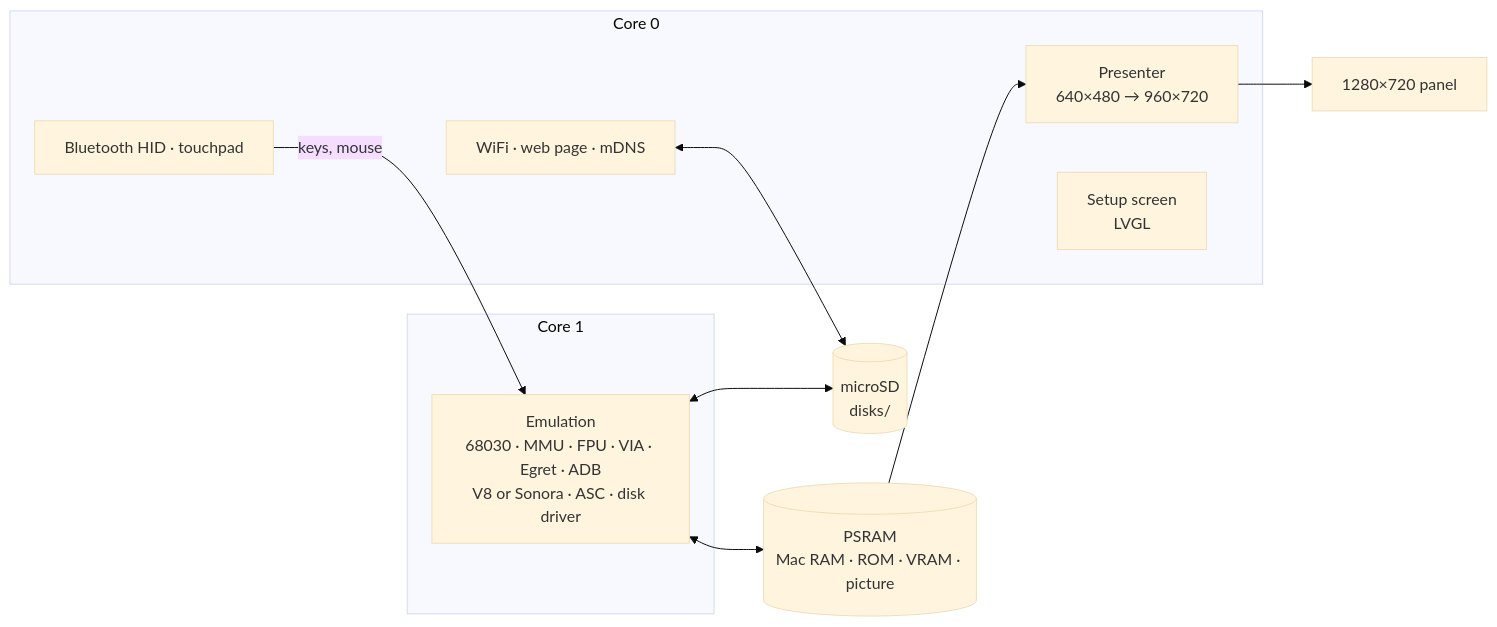
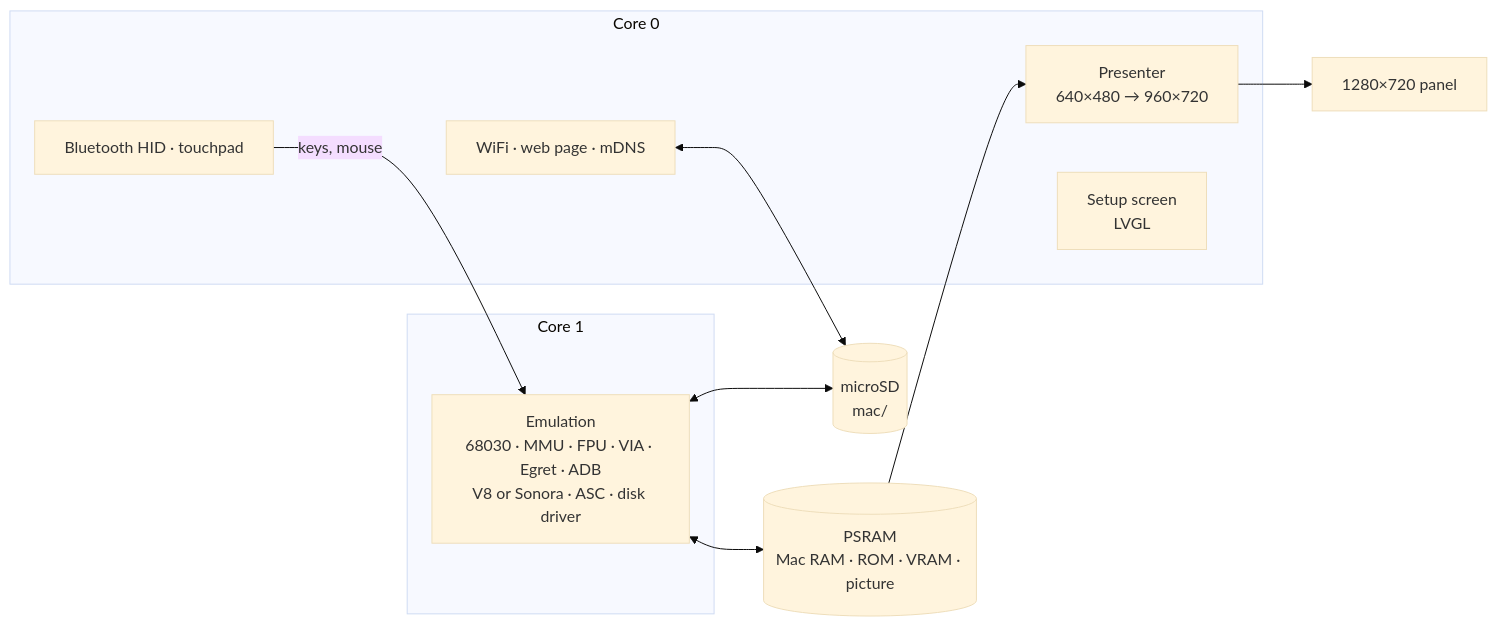
One commit to rlucencic/esp32mac3 changed the diagram in README.md. Above: the diagram before and after it, drawn with Mermaid (base theme). The commit also changed other lines of this file and 5 other files, not shown here.

First line of the commit message:
ROMs on the SD card in mac/roms, disk images in mac/ (was disks/)

````diff
--- a/README.md
+++ b/README.md
@@ -235,20 +238,20 @@
 ```mermaid
 flowchart LR
   subgraph core1 [Core 1]
     EMU["Emulation<br>68030 · MMU · FPU · VIA · Egret · ADB<br>V8 or Sonora · ASC · disk driver"]
   end
   subgraph core0 [Core 0]
     PRES[Presenter<br>640×480 → 960×720]
     UI[Setup screen<br>LVGL]
     NET[WiFi · web page · mDNS]
     BLE[Bluetooth HID · touchpad]
   end
   PSRAM[(PSRAM<br>Mac RAM · ROM · VRAM · picture)]
-  SD[(microSD<br>disks/)]
+  SD[(microSD<br>mac/)]
   EMU <--> PSRAM
   PSRAM --> PRES
   PRES --> LCD[1280×720 panel]
   BLE -- keys, mouse --> EMU
   EMU <--> SD
   NET <--> SD
 ```
````
